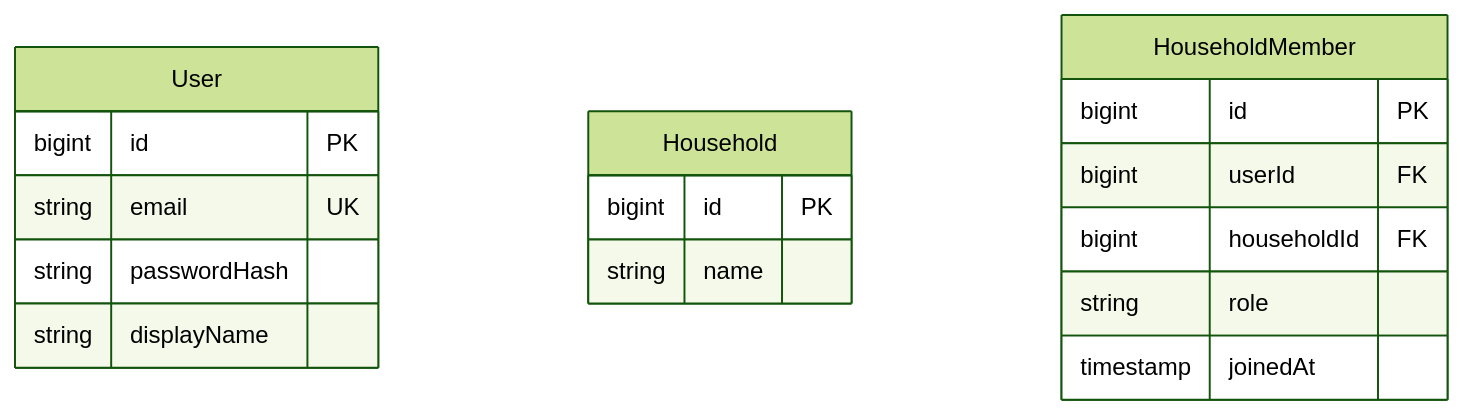
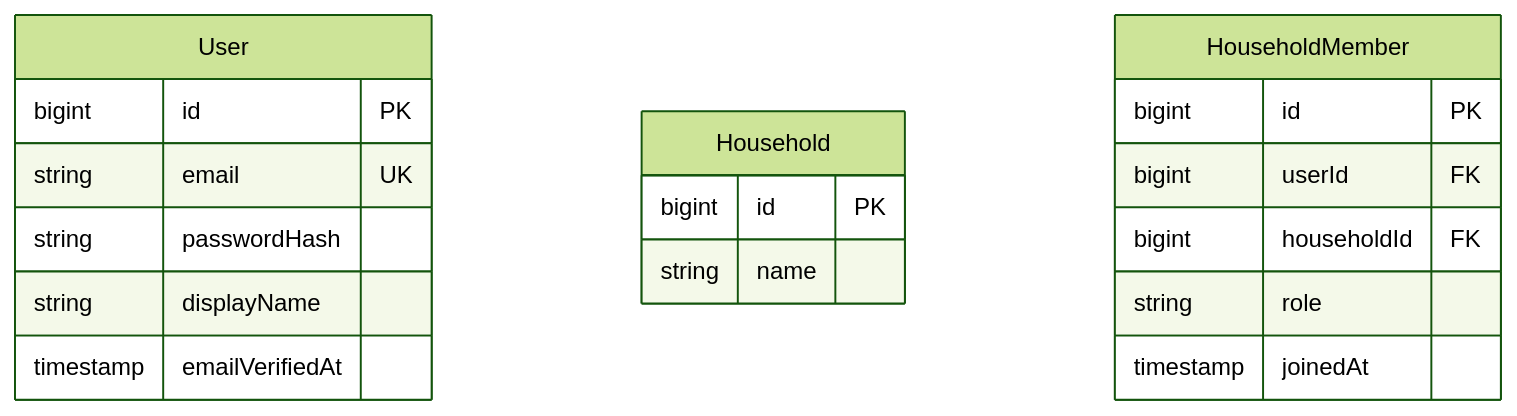
The second of 4 diagrams in backend/docs/entity-logical-design.md (wukdddang/home-inventory-manager), drawn with Mermaid (forest theme) before and after one commit. The commit also changed other lines of this file and 5 other files, not shown here.

````diff
--- a/backend/docs/entity-logical-design.md
+++ b/backend/docs/entity-logical-design.md
@@ -64,20 +62,21 @@
 ```mermaid
 erDiagram
     User {
         bigint id PK
         string email UK
         string passwordHash
         string displayName
+        timestamp emailVerifiedAt
     }
     Household {
         bigint id PK
         string name
     }
     HouseholdMember {
         bigint id PK
         bigint userId FK
         bigint householdId FK
         string role
         timestamp joinedAt
     }
 ```
````
